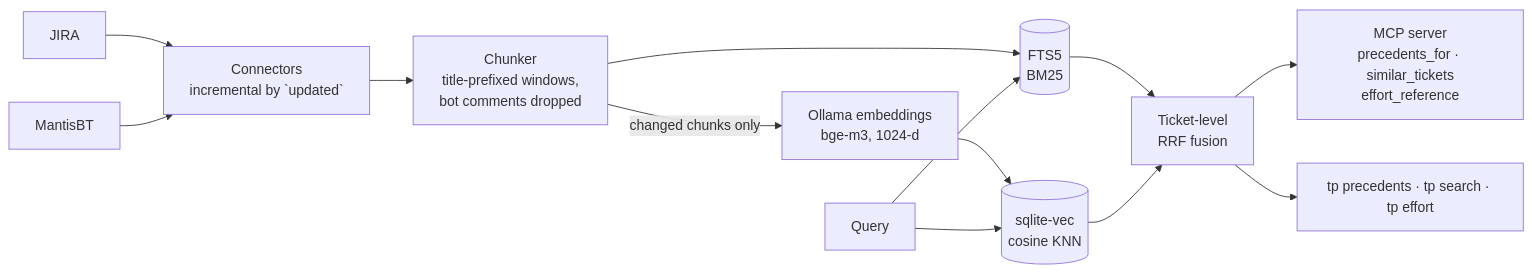
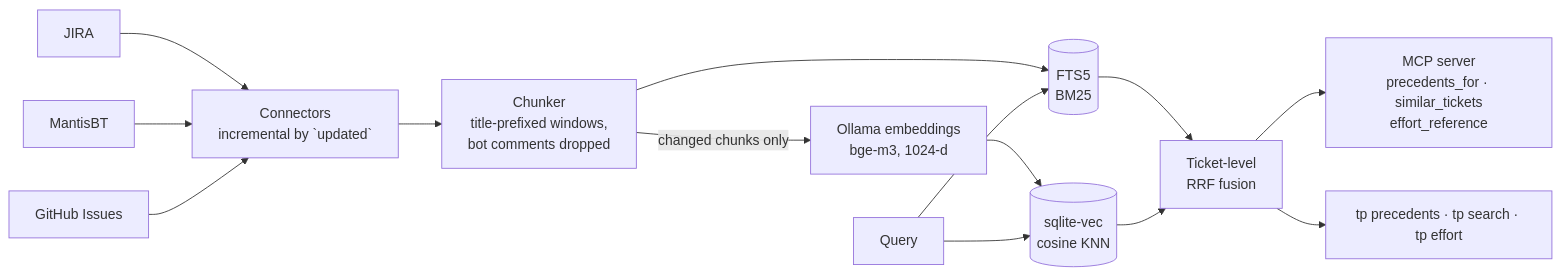
One commit to bondie/ticket-precedent changed the diagram in README.md. Above: the diagram before and after it, drawn with Mermaid. The commit also changed other lines of this file and 14 other files, not shown here.

First line of the commit message:
feat: JIRA Cloud and GitHub Issues connectors

````diff
--- a/README.md
+++ b/README.md
@@ -316,15 +360,16 @@
 ```mermaid
 flowchart LR
     J[JIRA] --> C[Connectors<br/>incremental by `updated`]
     M[MantisBT] --> C
+    G[GitHub Issues] --> C
     C --> K[Chunker<br/>title-prefixed windows,<br/>bot comments dropped]
     K -->|changed chunks only| E[Ollama embeddings<br/>bge-m3, 1024-d]
     K --> F[(FTS5<br/>BM25)]
     E --> V[(sqlite-vec<br/>cosine KNN)]
     Q[Query] --> F
     Q --> V
     F --> R[Ticket-level<br/>RRF fusion]
     V --> R
     R --> MCP[MCP server<br/>precedents_for · similar_tickets<br/>effort_reference]
     R --> CLI[tp precedents · tp search · tp effort]
 ```
````
